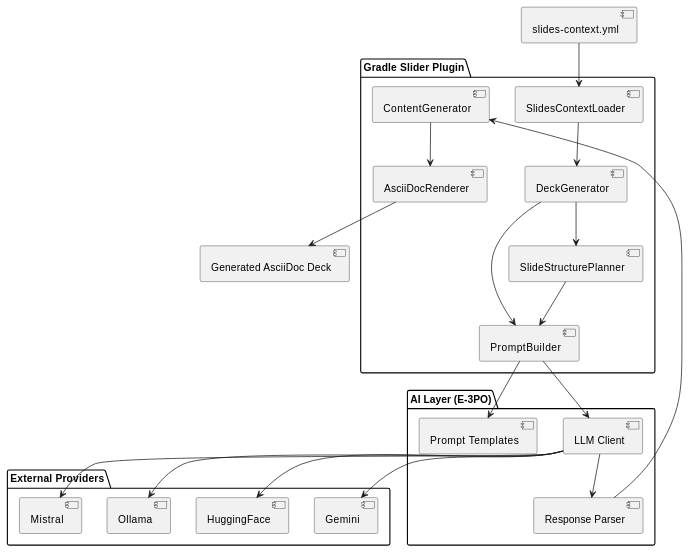
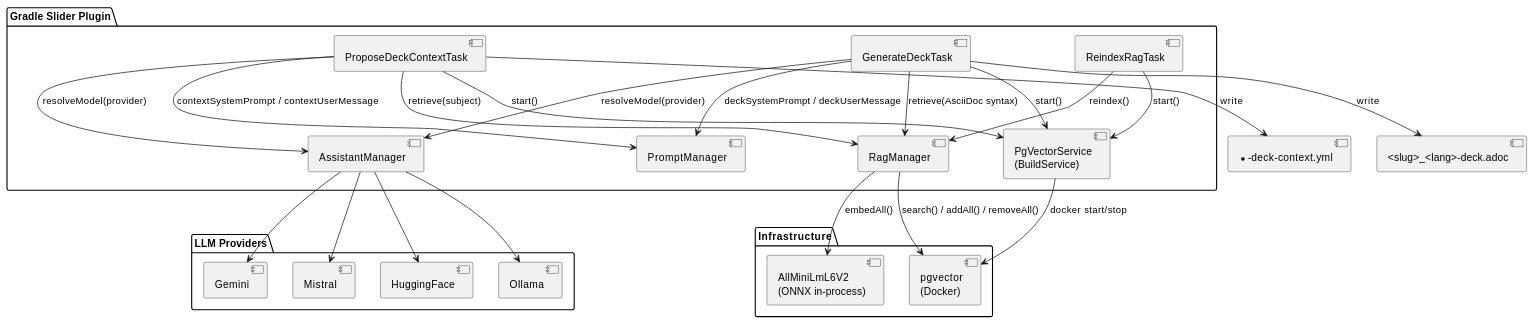
Before and after one commit to cheroliv/slider-gradle: the seventh of 10 diagrams in README_plantuml.adoc, drawn with PlantUML. The commit also changed other lines of this file and 1 other file, not shown here.

Commit message:
📝 docs(README_plantuml*): update AI generation process and file structure for deck context and generated decks

```diff
--- a/README_plantuml.adoc
+++ b/README_plantuml.adoc
@@ -430,47 +477,55 @@
 [plantuml]
 ....
 @startuml
 skinparam componentStyle uml2
 
 package "Gradle Slider Plugin" {
-  component "DeckGenerator" as Generator
-  component "PromptBuilder" as PB
-  component "SlidesContextLoader" as Loader
-  component "SlideStructurePlanner" as Planner
-  component "ContentGenerator" as CG
-  component "AsciiDocRenderer" as Renderer
+  component "ProposeDeckContextTask" as ProposeTask
+  component "GenerateDeckTask" as GenerateTask
+  component "ReindexRagTask" as ReindexTask
+  component "AssistantManager" as AM
+  component "RagManager" as RM
+  component "PgVectorService\n(BuildService)" as PGS
+  component "PromptManager" as PM
 }
 
-package "AI Layer (E-3PO)" {
-  component "LLM Client" as Client
-  component "Prompt Templates" as Templates
-  component "Response Parser" as Parser
+package "Infrastructure" {
+  component "pgvector\n(Docker)" as PG
+  component "AllMiniLmL6V2\n(ONNX in-process)" as Embed
 }
 
-package "External Providers" {
+package "LLM Providers" {
   component "Ollama"
+  component "Gemini"
   component "Mistral"
-  component "Gemini"
   component "HuggingFace"
 }
 
-component "slides-context.yml" as Config
-component "Generated AsciiDoc Deck" as Output
+component "*-deck-context.yml" as CtxFile
+component "<slug>_<lang>-deck.adoc" as DeckFile
 
-Config --> Loader
-Loader --> Generator
-Generator --> PB
-Generator --> Planner
-Planner --> PB
-PB --> Templates
-PB --> Client
-Client --> Ollama
-Client --> Mistral
-Client --> Gemini
-Client --> HuggingFace
-Client --> Parser
-Parser --> CG
-CG --> Renderer
-Renderer --> Output
+ProposeTask --> PGS : start()
+ProposeTask --> RM : retrieve(subject)
+ProposeTask --> AM : resolveModel(provider)
+ProposeTask --> PM : contextSystemPrompt / contextUserMessage
+ProposeTask --> CtxFile : write
+
+GenerateTask --> PGS : start()
+GenerateTask --> RM : retrieve(AsciiDoc syntax)
+GenerateTask --> AM : resolveModel(provider)
+GenerateTask --> PM : deckSystemPrompt / deckUserMessage
+GenerateTask --> DeckFile : write
+
+ReindexTask --> PGS : start()
+ReindexTask --> RM : reindex()
+
+RM --> Embed : embedAll()
+RM --> PG : search() / addAll() / removeAll()
+PGS --> PG : docker start/stop
+
+AM --> Ollama
+AM --> Gemini
+AM --> Mistral
+AM --> HuggingFace
 @enduml
 ....
```
